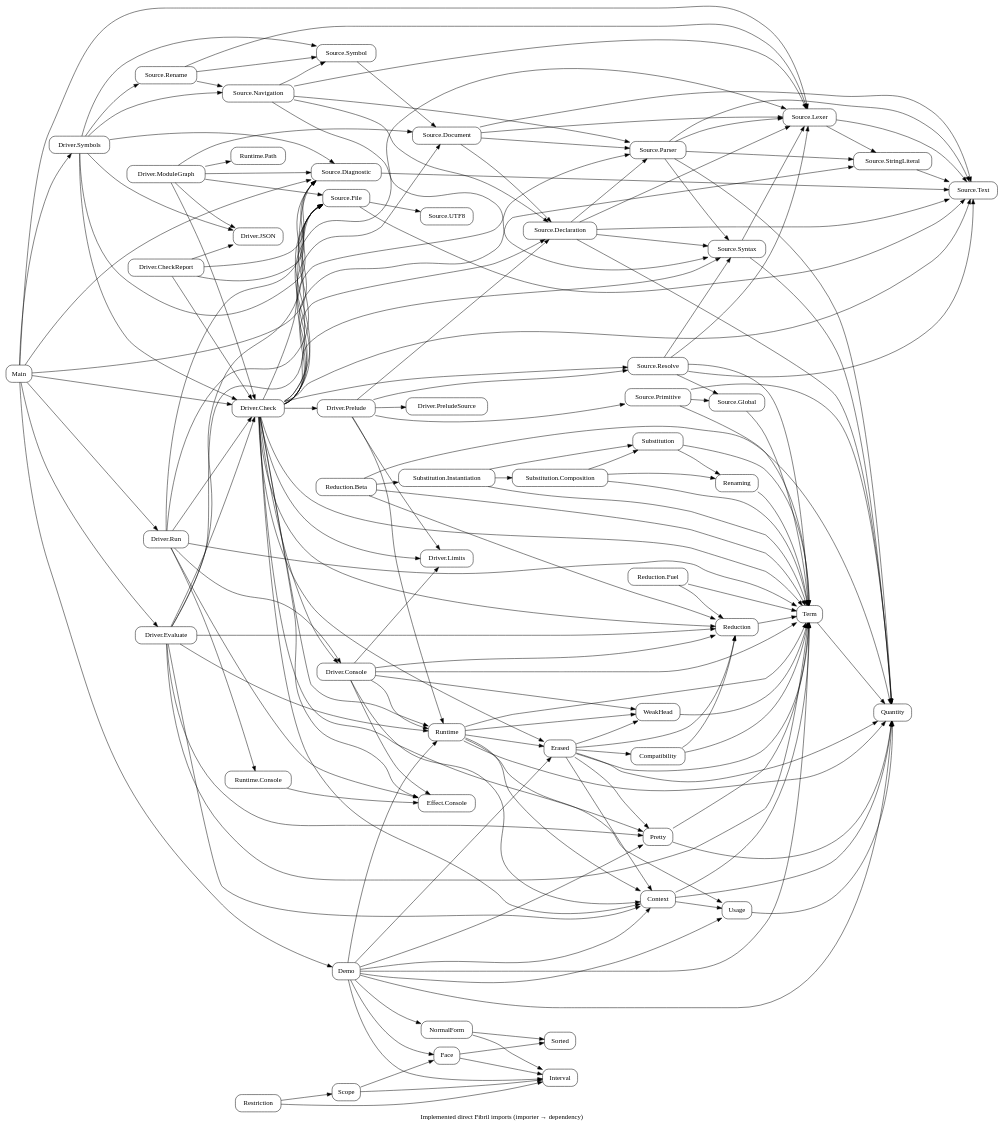
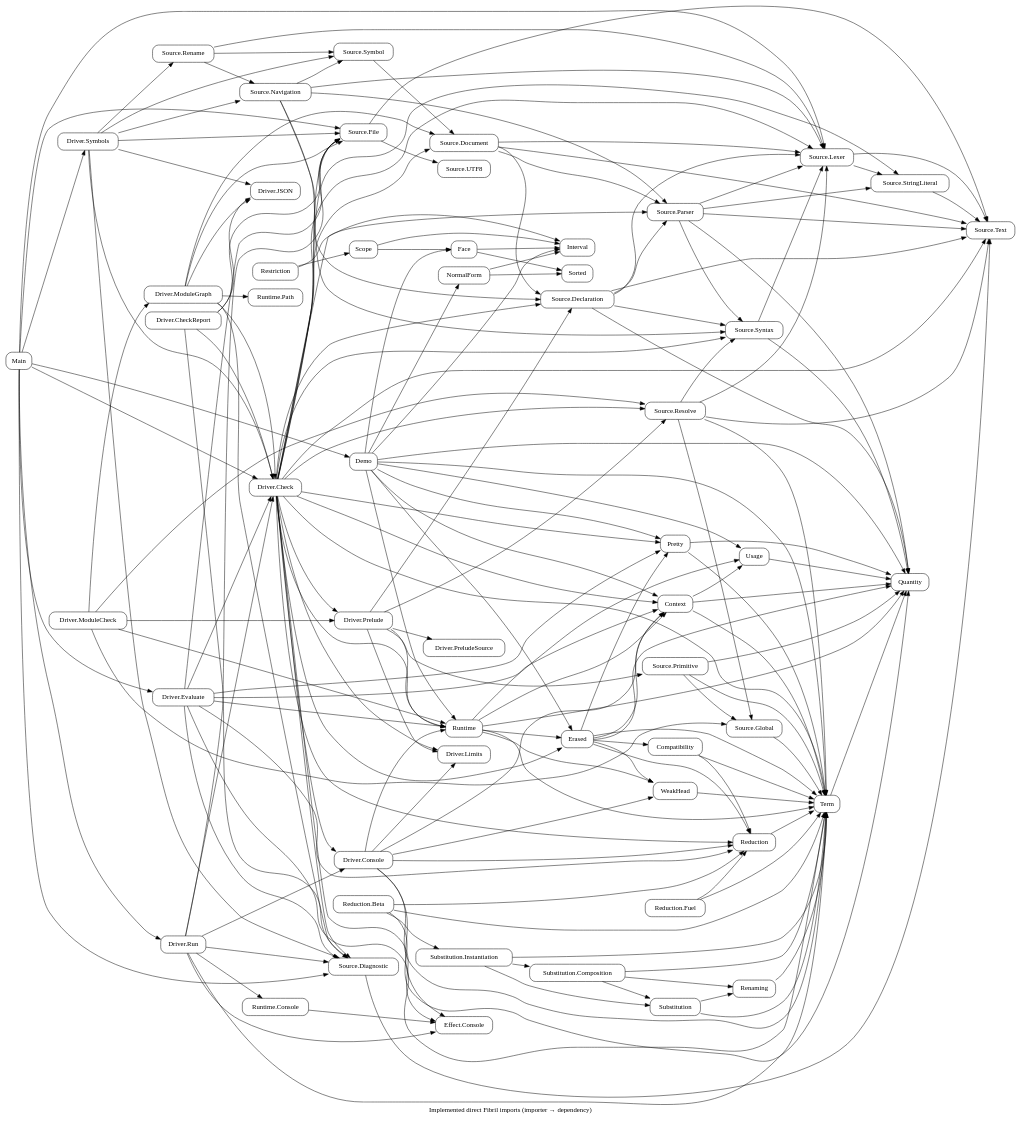
One commit to odunboye/fibril changed the diagram in docs/diagrams/modules.dot. Above: the diagram before and after it, drawn with Graphviz. The commit also changed 16 other files, not shown here.

Commit message:
Check closed module interfaces with qualified exports and expansion admission

```diff
--- a/docs/diagrams/modules.dot
+++ b/docs/diagrams/modules.dot
@@ -1,50 +1,51 @@
 digraph Modules {
 rankdir=LR; node [shape=box,style=rounded];
 "Source.File" -> {"Source.UTF8" "Source.Text"};
 Main -> {"Source.File" "Source.Lexer" "Source.Diagnostic"};
 "Source.Diagnostic" -> "Source.Text";
 "Source.Declaration" -> {Quantity "Source.Text" "Source.Lexer" "Source.Syntax" "Source.Parser"};
 "Source.Lexer" -> {"Source.Text" "Source.StringLiteral"};
 "Source.StringLiteral" -> "Source.Text";
 "Driver.Console" -> {Context Term Runtime Reduction WeakHead "Effect.Console" "Driver.Limits"};
 "Runtime.Console" -> "Effect.Console";
 "Driver.Run" -> {Term "Source.File" "Source.Diagnostic" "Effect.Console" "Runtime.Console" "Driver.Check" "Driver.Console"};
 "Source.Syntax" -> {Quantity "Source.Lexer"};
 "Source.Parser" -> {Quantity "Source.Text" "Source.Lexer" "Source.Syntax" "Source.StringLiteral"};
 "Source.Resolve" -> {Term "Source.Text" "Source.Lexer" "Source.Syntax" "Source.Global"};
 "Driver.Check" -> {"Source.Text" "Source.Lexer" "Source.Syntax" "Source.Parser" "Source.Declaration" "Source.StringLiteral" "Source.Resolve" "Source.File" "Source.Diagnostic" Term Context Pretty Erased Runtime "Driver.Console" "Effect.Console"};
 "Driver.Prelude" -> {Runtime "Source.Declaration" "Source.Resolve" "Source.Primitive" "Driver.PreludeSource" "Driver.Limits"};
 "Source.Primitive" -> {"Source.Global" Term Quantity};
 "Source.Global" -> Term;
 "Driver.Check" -> {"Driver.Prelude" "Driver.Limits" Reduction};
 "Source.Rename" -> {"Source.Navigation" "Source.Symbol" "Source.Lexer"};
 "Driver.Symbols" -> {"Source.Rename" "Driver.JSON"};
 "Driver.CheckReport" -> {"Driver.Check" "Driver.JSON" "Source.File" "Source.Diagnostic"};
 "Source.Navigation" -> {"Source.Symbol" "Source.Declaration" "Source.Parser" "Source.Lexer" "Source.Syntax"};
 "Driver.Symbols" -> "Source.Navigation";
+"Driver.ModuleCheck" -> {"Driver.ModuleGraph" "Driver.Prelude" "Source.Resolve" Runtime "Source.Global"};
 "Driver.ModuleGraph" -> {"Runtime.Path" "Source.Document" "Source.File" "Source.Diagnostic" "Driver.JSON" "Driver.Check"};
 "Source.Document" -> {"Source.Declaration" "Source.Parser" "Source.Lexer" "Source.Text"};
 "Source.Symbol" -> "Source.Document";
 "Driver.Check" -> "Source.Document";
 "Driver.Symbols" -> {"Source.Symbol" "Driver.Check" "Source.File" "Source.Diagnostic"};
 Main -> {"Driver.Symbols" "Driver.Check" "Driver.Evaluate" "Driver.Run"};
 "Driver.Evaluate" -> {Context Term Pretty Reduction Runtime "Source.File" "Source.Diagnostic" "Driver.Check"};
 Quantity; Interval; NormalForm; Face; Scope; Restriction; Term;
 NormalForm -> {Interval Sorted}; Face -> {Interval Sorted};
 Scope -> {Interval Face}; Restriction -> {Interval Scope};
 Demo -> {Quantity Term Context Usage Pretty Erased Runtime Interval NormalForm Face};
 Main -> Demo;
 Pretty -> {Quantity Term};
 Term -> Quantity; Usage -> Quantity; Context -> {Quantity Term Usage};
 Reduction -> Term; WeakHead -> Term;
 Compatibility -> {Term Reduction};
 Renaming -> Term;
 Substitution -> {Term Renaming};
 "Substitution.Composition" -> {Term Renaming Substitution};
 "Substitution.Instantiation" -> {Term Substitution "Substitution.Composition"};
 "Reduction.Beta" -> {Quantity Term Reduction "Substitution.Instantiation"};
 "Reduction.Fuel" -> {Term Reduction};
 Erased -> {Quantity Term Pretty Context Compatibility WeakHead Reduction};
 Runtime -> {Quantity Term Context Usage WeakHead Erased};
 label="Implemented direct Fibril imports (importer → dependency)";
 }
```
